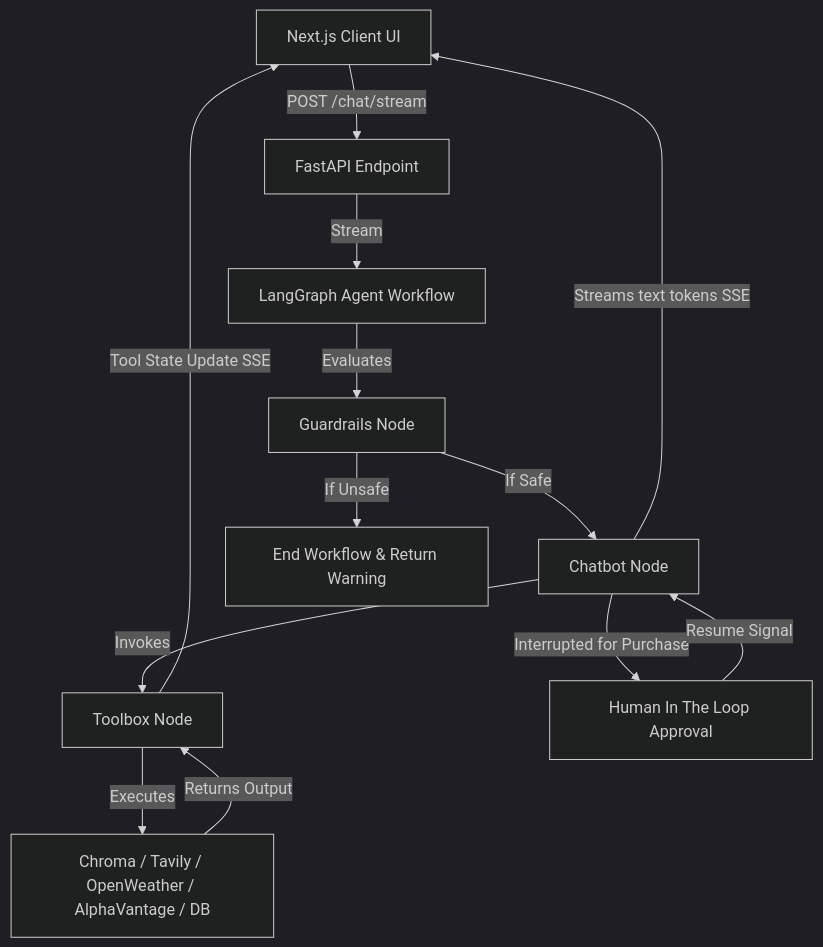
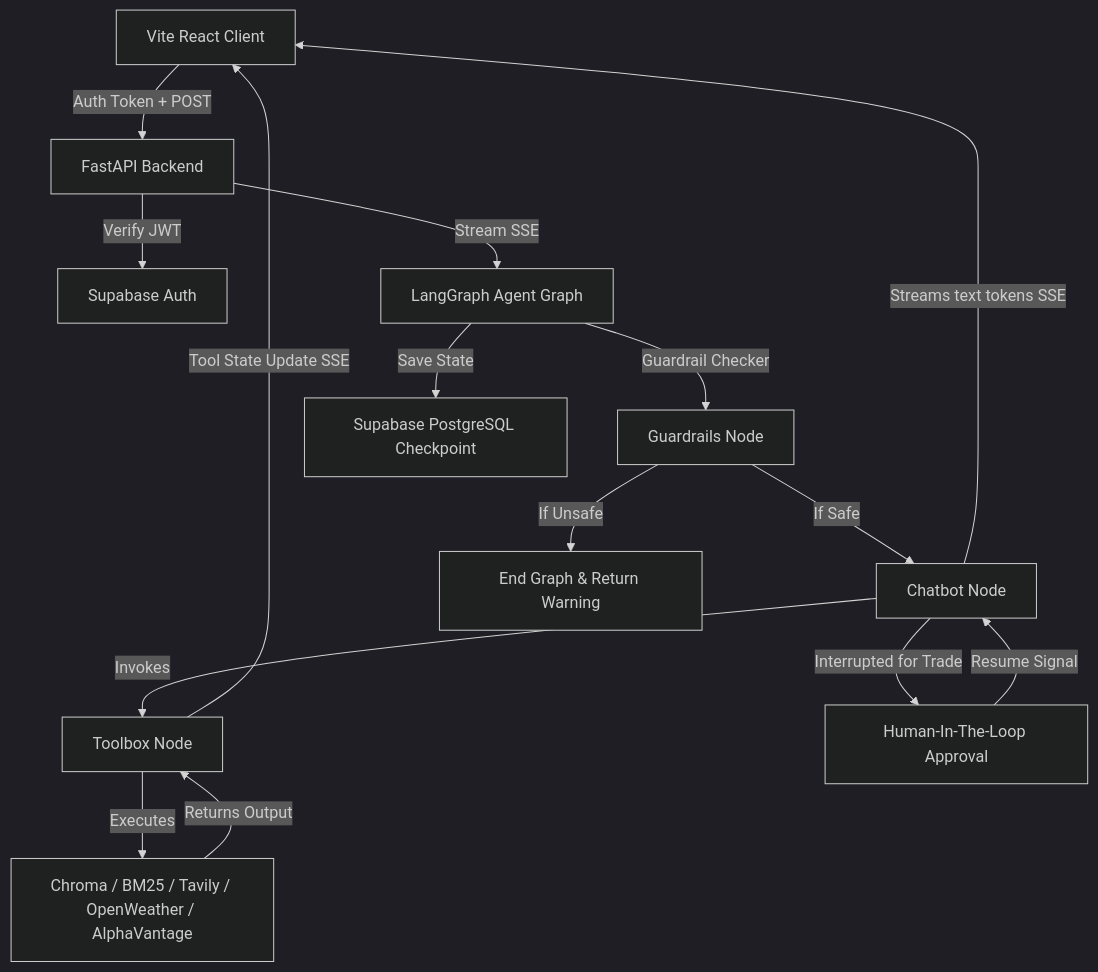
The diagram in README.md (nilayDawn/Agentic_Chat_Bot), drawn with Mermaid (dark theme) before and after one commit. The commit also changed other lines of this file, not shown here.

Commit message:
update README documentation to reflect Supabase migration, multi-user auth, and advanced RAG features

````diff
--- a/README.md
+++ b/README.md
@@ -52,15 +44,17 @@
 ```mermaid
 graph TD
-    A[Next.js Client UI] -->|POST /chat/stream| B[FastAPI Endpoint]
-    B -->|Stream| C[LangGraph Agent Workflow]
-    C -->|Evaluates| G[Guardrails Node]
+    A[Vite React Client] -->|Auth Token + POST| B[FastAPI Backend]
+    B -->|Verify JWT| S[Supabase Auth]
+    B -->|Stream SSE| C[LangGraph Agent Graph]
+    C -->|Guardrail Checker| G[Guardrails Node]
     G -->|If Safe| H[Chatbot Node]
-    G -->|If Unsafe| I[End Workflow & Return Warning]
+    G -->|If Unsafe| I[End Graph & Return Warning]
     H -->|Invokes| D[Toolbox Node]
-    D -->|Executes| E[Chroma / Tavily / OpenWeather / AlphaVantage / DB]
+    D -->|Executes| E[Chroma / BM25 / Tavily / OpenWeather / AlphaVantage]
     E -->|Returns Output| D
     D -->|Tool State Update SSE| A
     H -->|Streams text tokens SSE| A
-    H -->|Interrupted for Purchase| F[Human In The Loop Approval]
+    H -->|Interrupted for Trade| F[Human-In-The-Loop Approval]
     F -->|Resume Signal| H
+    C -->|Save State| P[Supabase PostgreSQL Checkpoint]
 ```
````
